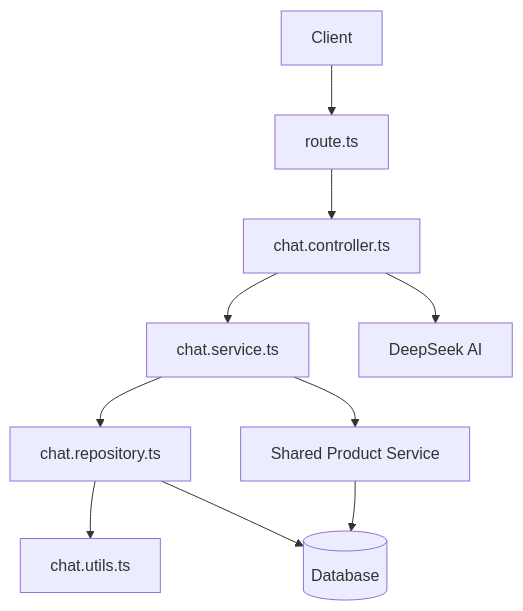
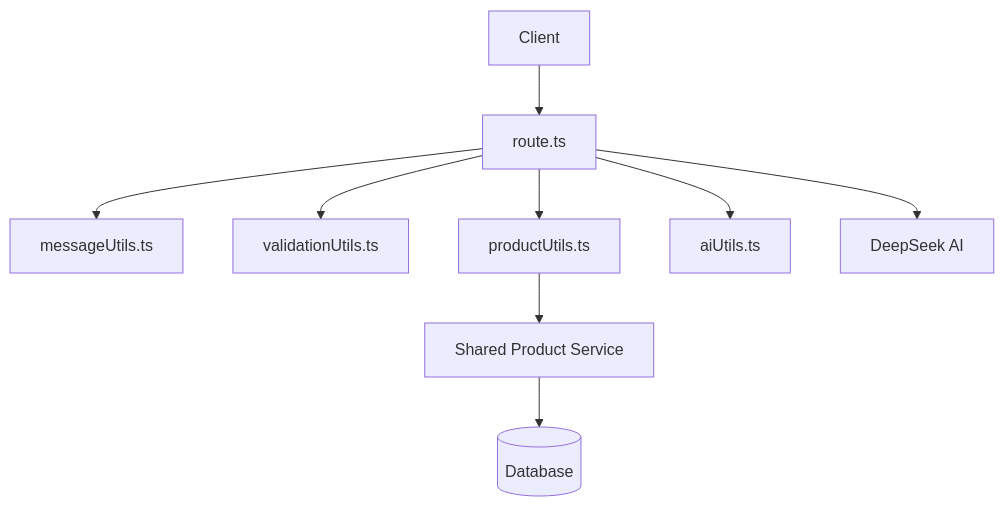
One commit to dennisvaga/bodyfuel changed the diagram in apps/shop/src/app/api/chat/README.md. Above: the diagram before and after it, drawn with Mermaid. The commit also changed other lines of this file and 11 other files, not shown here.

First line of the commit message:
Refactor chat API: Remove old chat types and utilities, implement new structure with validation and streaming support

````diff
--- a/apps/shop/src/app/api/chat/README.md
+++ b/apps/shop/src/app/api/chat/README.md
@@ -22,12 +25,11 @@
 ```mermaid
 flowchart TD
     Client[Client] --> Route[route.ts]
-    Route --> Controller[chat.controller.ts]
-    Controller --> Service[chat.service.ts]
-    Controller --> AI[DeepSeek AI]
-    Service --> Repository[chat.repository.ts]
-    Service --> ProductService[Shared Product Service]
-    Repository --> Utils[chat.utils.ts]
-    Repository --> Database[(Database)]
-    ProductService --> Database
+    Route --> MessageUtils[messageUtils.ts]
+    Route --> ValidationUtils[validationUtils.ts]
+    Route --> ProductUtils[productUtils.ts]
+    Route --> AIUtils[aiUtils.ts]
+    Route --> AI[DeepSeek AI]
+    ProductUtils --> ProductService[Shared Product Service]
+    ProductService --> Database[(Database)]
 ```
````
